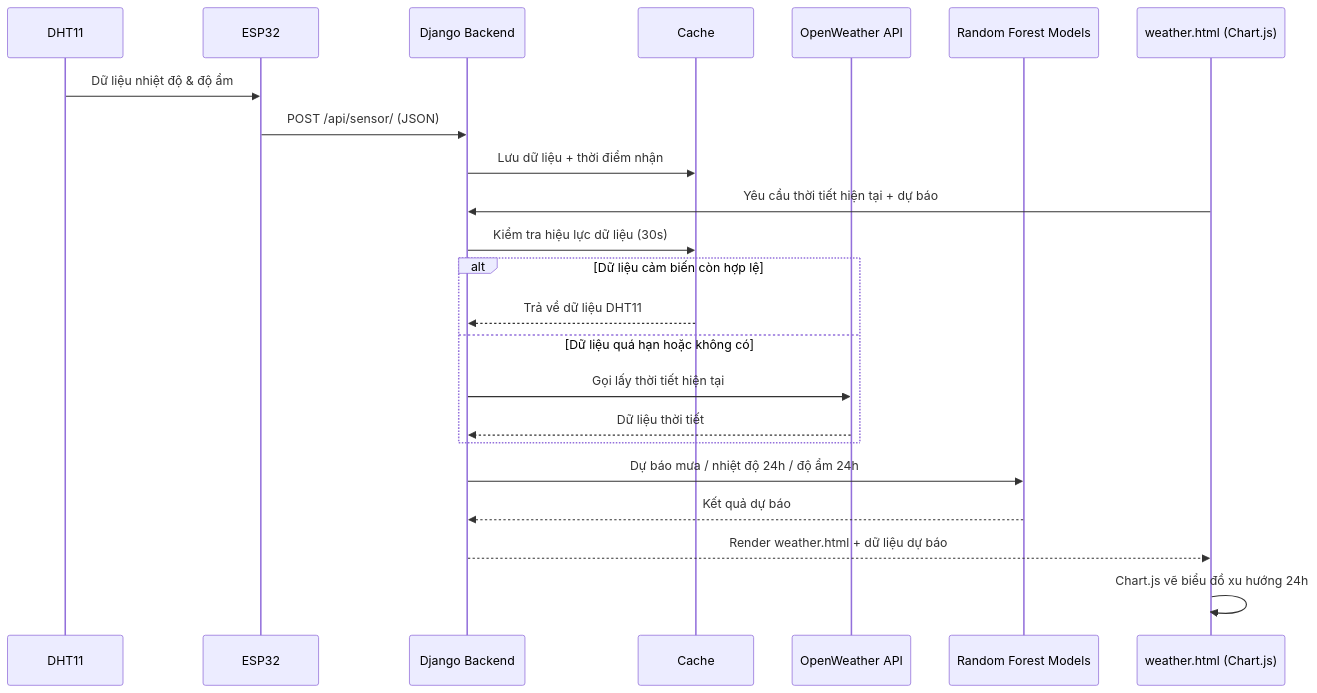
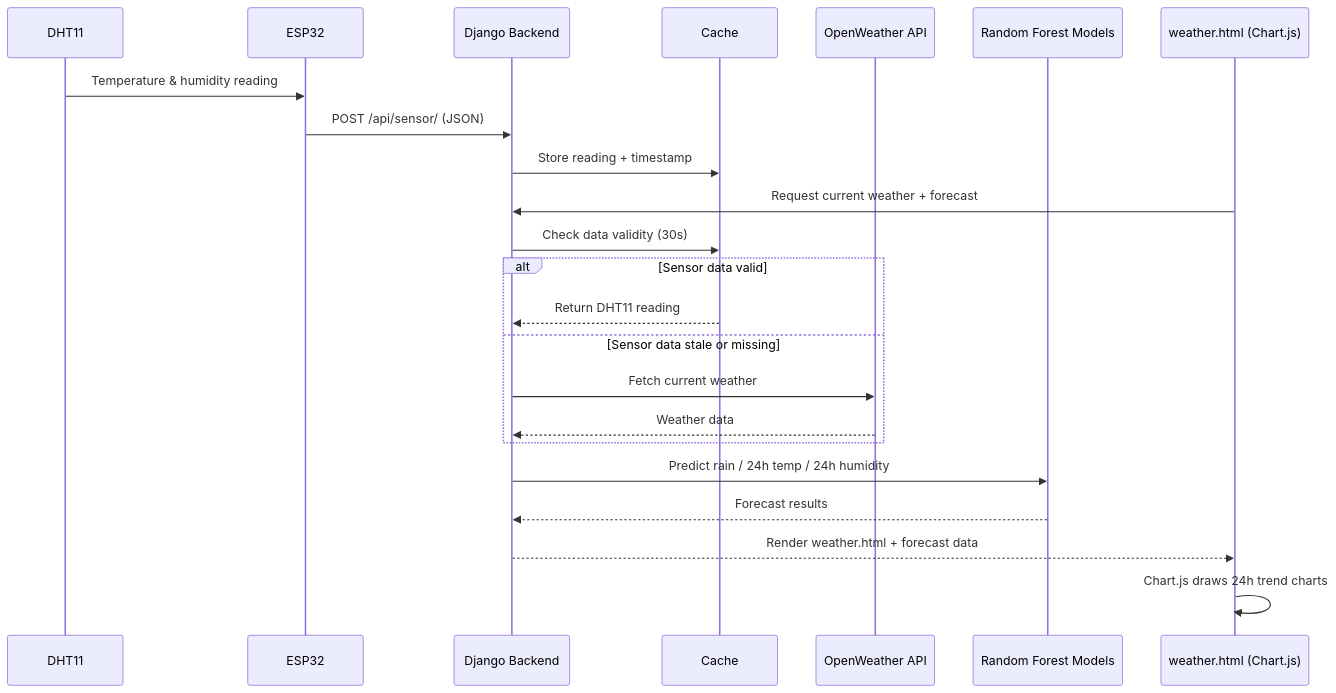
One commit to Duytrg7/AI-Powered-Weather-Monitoring-and-Forecasting-System changed the second of 2 diagrams in README.md. Above: the diagram before and after it, drawn with Mermaid. The commit also changed other lines of this file, not shown here.

````diff
--- a/README.md
+++ b/README.md
@@ -80,27 +80,27 @@
 ```mermaid
 sequenceDiagram
     participant DHT as DHT11
     participant ESP32
     participant Django as Django Backend
     participant Cache
     participant OWM as OpenWeather API
     participant RF as Random Forest Models
     participant Web as weather.html (Chart.js)
 
-    DHT->>ESP32: Dữ liệu nhiệt độ & độ ẩm
+    DHT->>ESP32: Temperature & humidity reading
     ESP32->>Django: POST /api/sensor/ (JSON)
-    Django->>Cache: Lưu dữ liệu + thời điểm nhận
+    Django->>Cache: Store reading + timestamp
 
-    Web->>Django: Yêu cầu thời tiết hiện tại + dự báo
-    Django->>Cache: Kiểm tra hiệu lực dữ liệu (30s)
-    alt Dữ liệu cảm biến còn hợp lệ
-        Cache-->>Django: Trả về dữ liệu DHT11
-    else Dữ liệu quá hạn hoặc không có
-        Django->>OWM: Gọi lấy thời tiết hiện tại
-        OWM-->>Django: Dữ liệu thời tiết
+    Web->>Django: Request current weather + forecast
+    Django->>Cache: Check data validity (30s)
+    alt Sensor data valid
+        Cache-->>Django: Return DHT11 reading
+    else Sensor data stale or missing
+        Django->>OWM: Fetch current weather
+        OWM-->>Django: Weather data
     end
-    Django->>RF: Dự báo mưa / nhiệt độ 24h / độ ẩm 24h
-    RF-->>Django: Kết quả dự báo
-    Django-->>Web: Render weather.html + dữ liệu dự báo
-    Web->>Web: Chart.js vẽ biểu đồ xu hướng 24h
+    Django->>RF: Predict rain / 24h temp / 24h humidity
+    RF-->>Django: Forecast results
+    Django-->>Web: Render weather.html + forecast data
+    Web->>Web: Chart.js draws 24h trend charts
 ```
````
